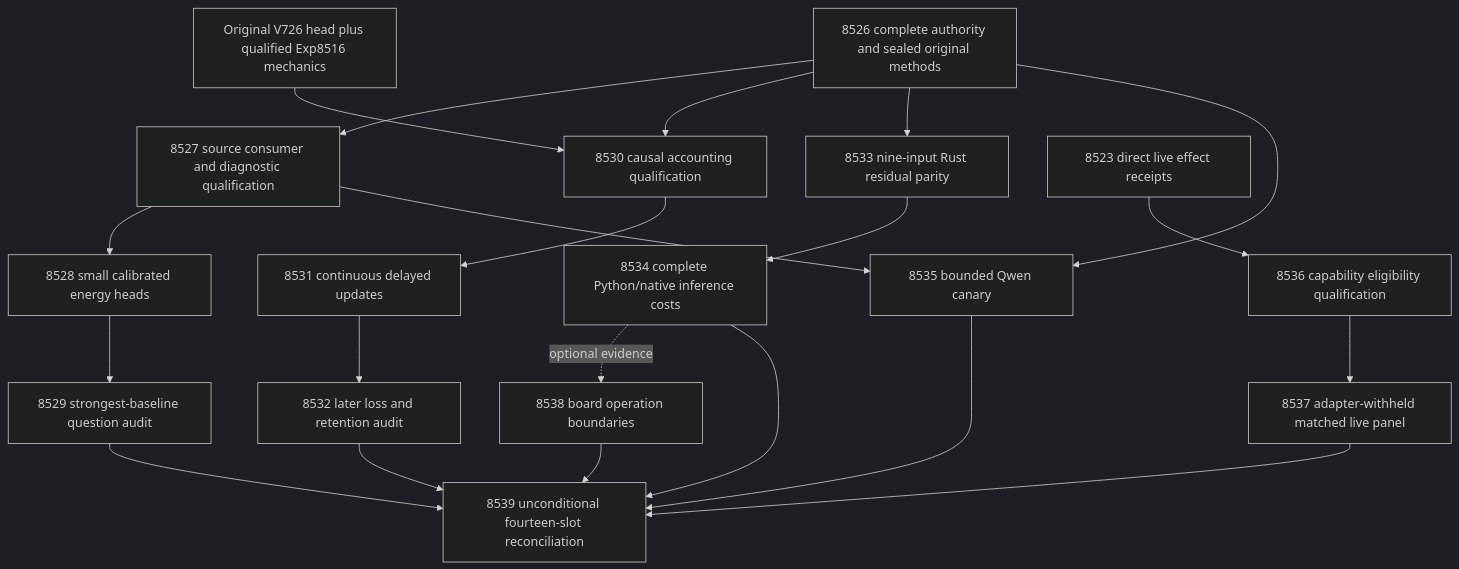
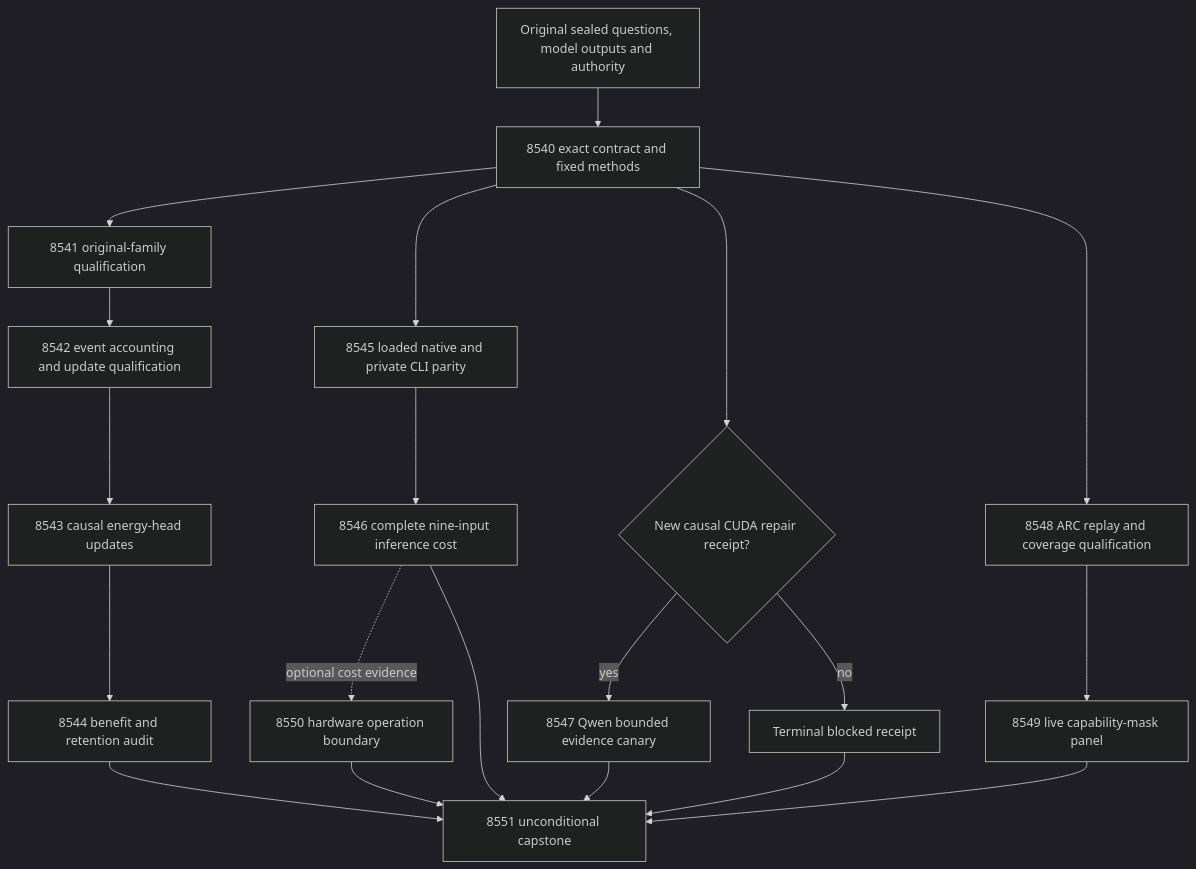
The diagram in openspec/change-proposals/research-roadmap-vNEXT.md (Carnot-EBM/carnot-ebm), drawn with Mermaid (dark theme) before and after one commit. The commit also changed other lines of this file and 20 other files, not shown here.

````diff
--- a/openspec/change-proposals/research-roadmap-vNEXT.md
+++ b/openspec/change-proposals/research-roadmap-vNEXT.md
@@ -76,24 +76,22 @@
 ```mermaid
 flowchart TD
-  A[8526 complete authority and sealed original methods]
-  A --> S[8527 source consumer and diagnostic qualification]
-  S --> F[8528 small calibrated energy heads]
-  F --> V[8529 strongest-baseline question audit]
-  A --> Q[8530 causal accounting qualification]
-  H[Original V726 head plus qualified Exp8516 mechanics] --> Q
-  Q --> L[8531 continuous delayed updates]
-  L --> R[8532 later loss and retention audit]
-  A --> N[8533 nine-input Rust residual parity]
-  N --> C[8534 complete Python/native inference costs]
-  A --> G[8535 bounded Qwen canary]
-  S --> G
-  D[8523 direct live effect receipts] --> E[8536 capability eligibility qualification]
-  E --> P[8537 adapter-withheld matched live panel]
-  C -. optional evidence .-> B[8538 board operation boundaries]
-  V --> Z[8539 unconditional fourteen-slot reconciliation]
-  R --> Z
-  C --> Z
+  A[Original sealed questions, model outputs and authority] --> C[8540 exact contract and fixed methods]
+  C --> H[8541 original-family qualification]
+  H --> U[8542 event accounting and update qualification]
+  U --> L[8543 causal energy-head updates]
+  L --> R[8544 benefit and retention audit]
+  C --> N[8545 loaded native and private CLI parity]
+  N --> T[8546 complete nine-input inference cost]
+  C --> Q{New causal CUDA repair receipt?}
+  Q -->|yes| G[8547 Qwen bounded evidence canary]
+  Q -->|no| B[Terminal blocked receipt]
+  C --> X[8548 ARC replay and coverage qualification]
+  X --> Y[8549 live capability-mask panel]
+  T -. optional cost evidence .-> O[8550 hardware operation boundary]
+  R --> Z[8551 unconditional capstone]
+  T --> Z
   G --> Z
-  P --> Z
   B --> Z
+  Y --> Z
+  O --> Z
 ```
````
